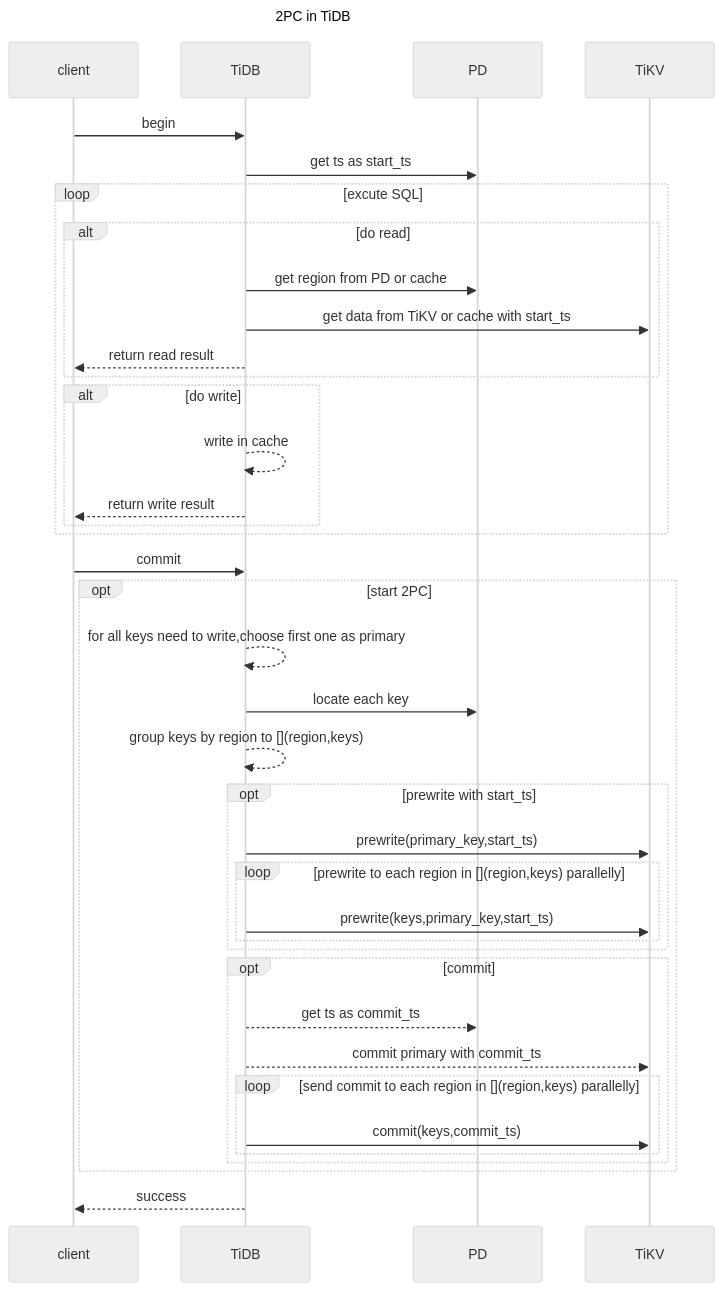
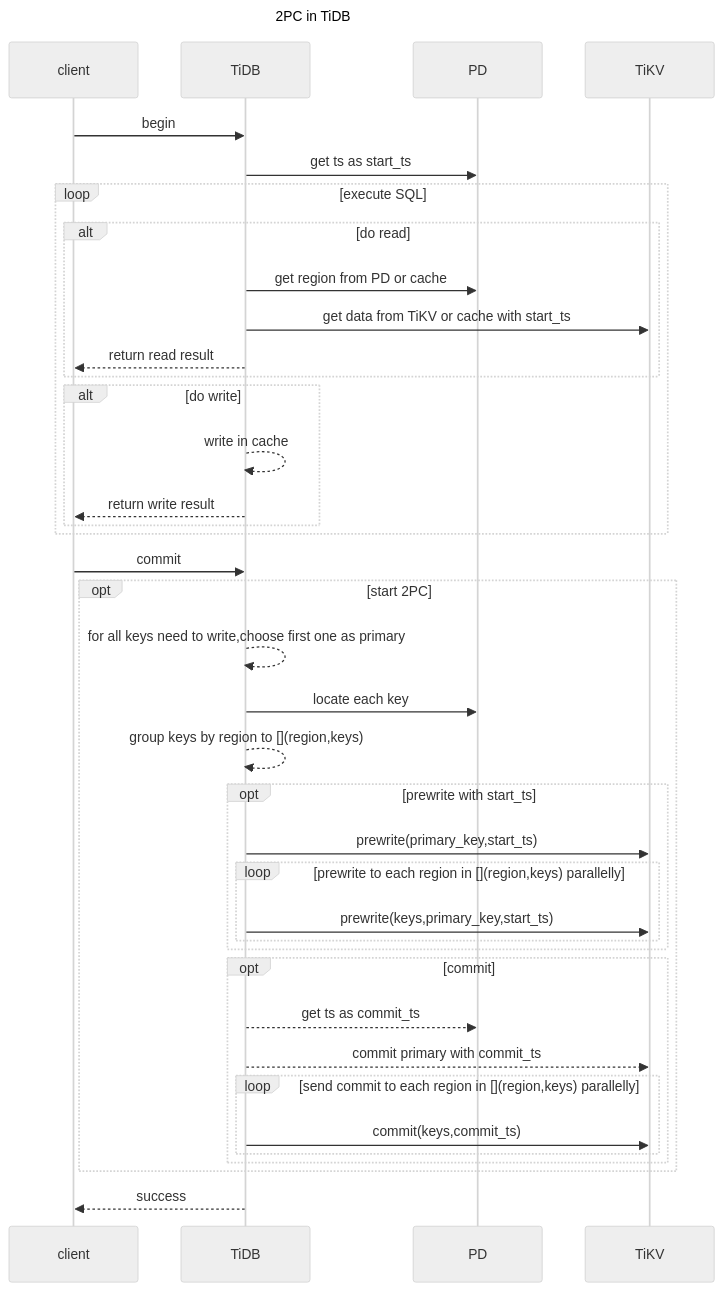
One commit to pingcap/docs changed the diagram in optimistic-transaction.md. Above: the diagram before and after it, drawn with Mermaid (neutral theme).

Commit message:
fix typo "excute"

````diff
--- a/optimistic-transaction.md
+++ b/optimistic-transaction.md
@@ -21,50 +21,50 @@
 ```mermaid
 ---
 title: 2PC in TiDB
 ---
 sequenceDiagram
     participant client
     participant TiDB
     participant PD
     participant TiKV
 
     client->>TiDB: begin
     TiDB->>PD: get ts as start_ts
 
-    loop excute SQL
+    loop execute SQL
         alt do read
             TiDB->>PD: get region from PD or cache
             TiDB->>TiKV: get data from TiKV or cache with start_ts
             TiDB-->>client: return read result
         end
         alt do write
             TiDB-->>TiDB: write in cache
             TiDB-->>client: return write result
         end
     end
 
     client->>TiDB: commit
 
     opt start 2PC
         TiDB-->>TiDB: for all keys need to write,choose first one as primary
         TiDB->>PD: locate each key
         TiDB-->>TiDB: group keys by region to [](region,keys)
 
         opt prewrite with start_ts
             TiDB->>TiKV: prewrite(primary_key,start_ts)
             loop prewrite to each region in [](region,keys) parallelly
                 TiDB->>TiKV: prewrite(keys,primary_key,start_ts)
             end
         end
 
         opt commit
             TiDB-->>PD: get ts as commit_ts
             TiDB-->>TiKV: commit primary with commit_ts
             loop send commit to each region in [](region,keys) parallelly
                 TiDB->>TiKV: commit(keys,commit_ts)
             end
         end
     end
 
     TiDB-->>client: success
 ```
````
